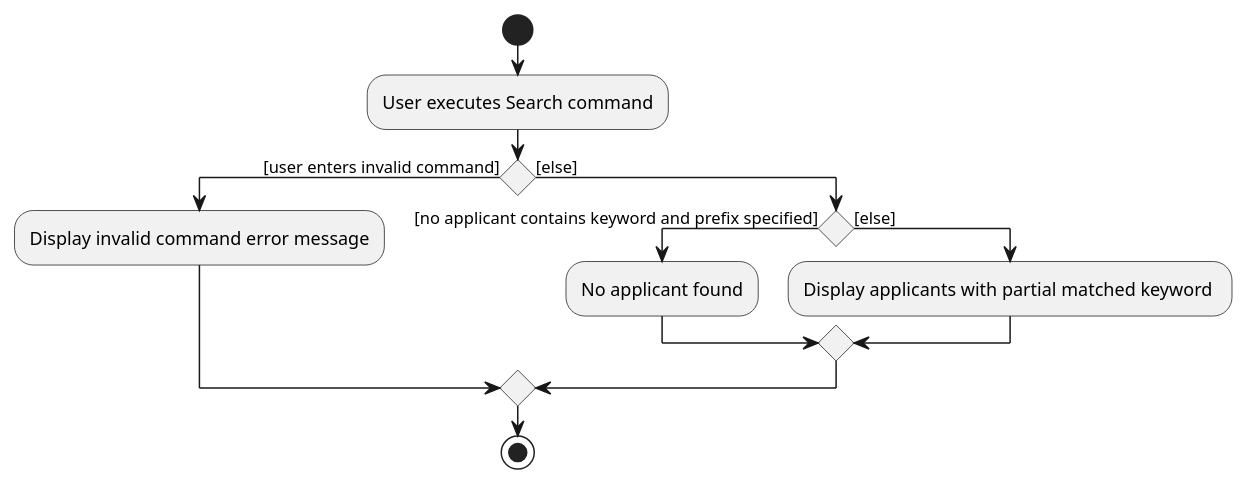
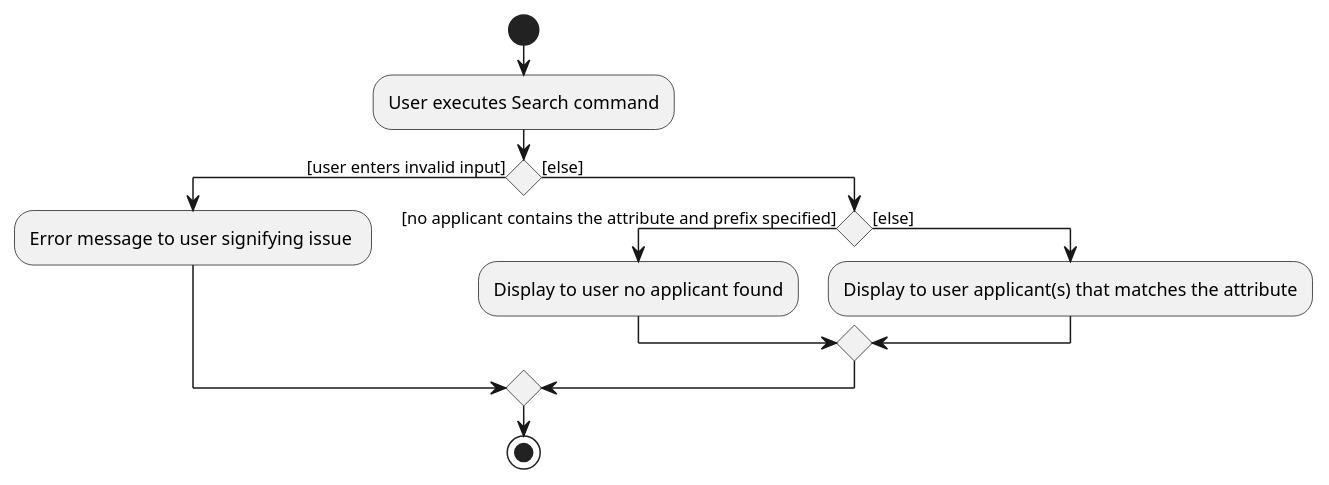
One commit to zzhikai/tp changed the diagram in docs/diagrams/SearchCommandActivityDiagram.puml. Above: the diagram before and after it, drawn with PlantUML. The commit also changed 2 other files, not shown here.

```diff
--- a/docs/diagrams/SearchCommandActivityDiagram.puml
+++ b/docs/diagrams/SearchCommandActivityDiagram.puml
@@ -1,19 +1,19 @@
 @startuml
 start
 :User executes Search command;
 
 'Since the beta syntax does not support placing the condition outside the
 'diamond we place it as the true branch instead.
 
-if () then ([user enters invalid command])
-    :Display invalid command error message;
+if () then ([user enters invalid input])
+    :Error message to user signifying issue ;
 else ([else])
-    if () then ([no applicant contains keyword and prefix specified])
-    :No applicant found;
+    if () then ([no applicant contains the attribute and prefix specified])
+    :Display to user no applicant found;
     else ([else])
-    :Display applicants with partial matched keyword ;
+    :Display to user applicant(s) that matches the attribute;
 endif
 endif
 
 stop
 @enduml
```
